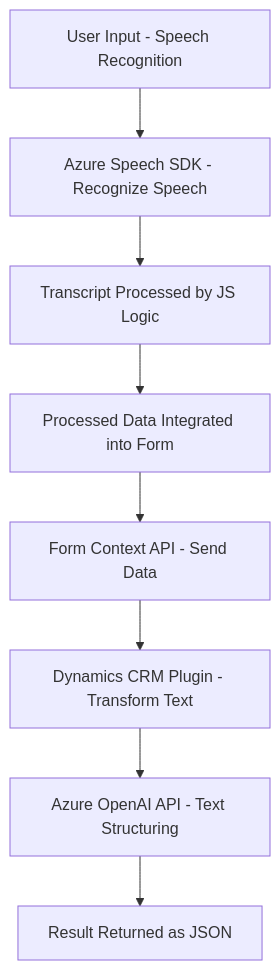
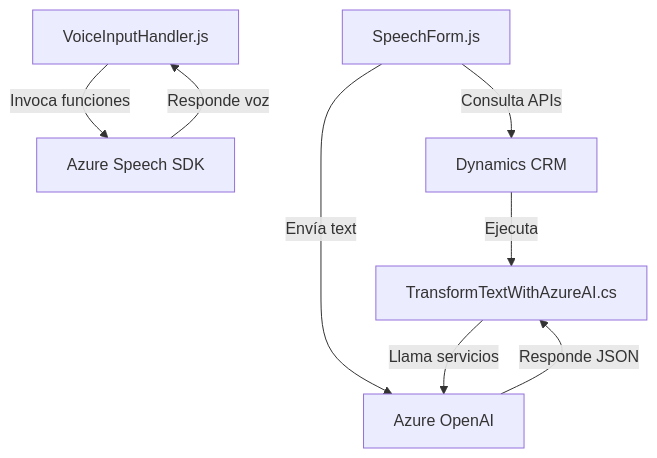
The diagram in README.md (blopezdm/NETCORE_BILBAO2025), drawn with Mermaid before and after one commit. The commit also changed other lines of this file, not shown here.

````diff
--- a/README.md
+++ b/README.md
@@ -53,10 +38,17 @@
 ```mermaid
 graph TD
-    A["User Input - Speech Recognition"] --> B["Azure Speech SDK - Recognize Speech"]
-    B --> C["Transcript Processed by JS Logic"]
-    C --> D["Processed Data Integrated into Form"]
-    D --> E["Form Context API - Send Data"]
-    E --> F["Dynamics CRM Plugin - Transform Text"]
-    F --> G["Azure OpenAI API - Text Structuring"]
-    G --> H["Result Returned as JSON"]
+    A["VoiceInputHandler.js"]
+    B["SpeechForm.js"]
+    C["TransformTextWithAzureAI.cs"]
+    D["Azure Speech SDK"]
+    E["Azure OpenAI"]
+    F["Dynamics CRM"]
+
+    A --Invoca funciones--> D
+    B --Consulta APIs--> F
+    B --Envía texto--> E
+    C --Llama servicios--> E
+    F --Ejecuta--> C
+    D --Responde voz--> A
+    E --Responde JSON--> C
 ```
````
